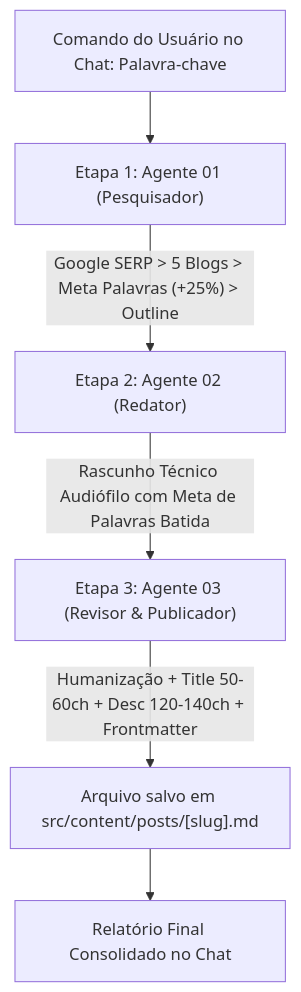
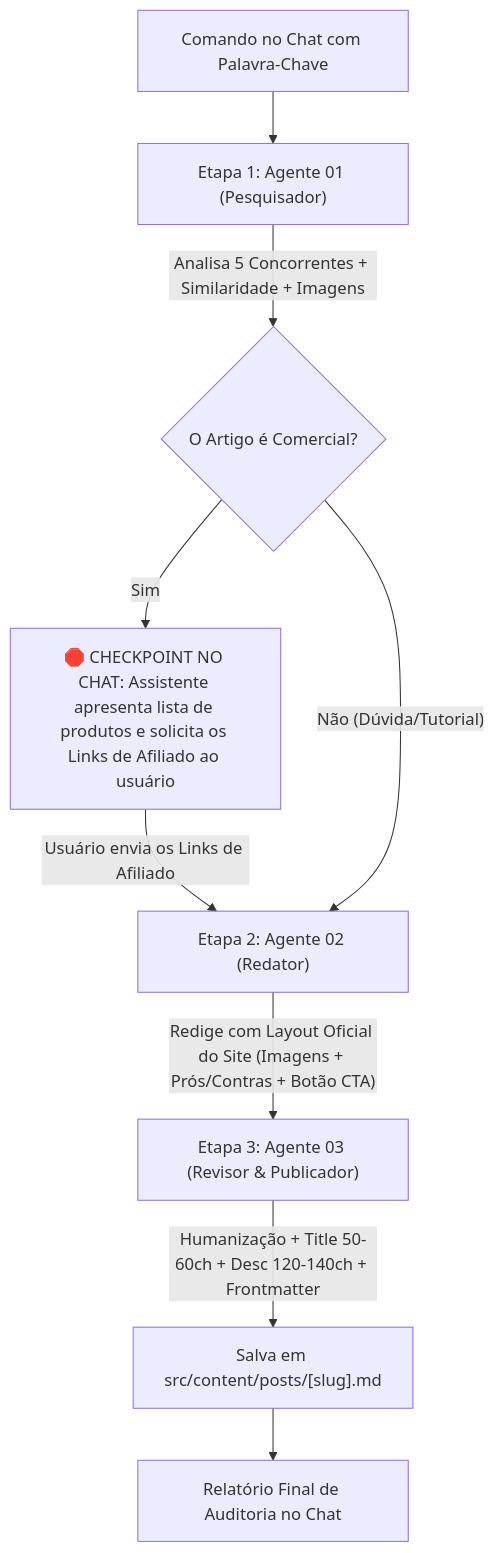
One commit to edgar-avila02/melhoresfones changed the diagram in agents/00-orquestrador.md. Above: the diagram before and after it, drawn with Mermaid. The commit also changed other lines of this file and 3 other files, not shown here.

Commit message:
feat(agents): adicionar analise de similaridade, imagens e checkpoint de links de afiliados

````diff
--- a/agents/00-orquestrador.md
+++ b/agents/00-orquestrador.md
@@ -34,8 +35,14 @@
 ```mermaid
 graph TD
-    A["Comando do Usuário no Chat: Palavra-chave"] --> B["Etapa 1: Agente 01 (Pesquisador)"]
-    B -->|"Google SERP &gt; 5 Blogs &gt; Meta Palavras (+25%) &gt; Outline"| C["Etapa 2: Agente 02 (Redator)"]
-    C -->|"Rascunho Técnico Audiófilo com Meta de Palavras Batida"| D["Etapa 3: Agente 03 (Revisor &amp; Publicador)"]
-    D -->|"Humanização + Title 50-60ch + Desc 120-140ch + Frontmatter"| E["Arquivo salvo em src/content/posts/[slug].md"]
-    E --> F["Relatório Final Consolidado no Chat"]
+    A["Comando no Chat com Palavra-Chave"] --> B["Etapa 1: Agente 01 (Pesquisador)"]
+    B -->|"Analisa 5 Concorrentes + Similaridade + Imagens"| C{"O Artigo é Comercial?"}
+    
+    C -- Sim --> D["🛑 CHECKPOINT NO CHAT: Assistente apresenta lista de produtos e solicita os Links de Afiliado ao usuário"]
+    D -->|"Usuário envia os Links de Afiliado"| E["Etapa 2: Agente 02 (Redator)"]
+    
+    C -- Não (Dúvida/Tutorial) --> E
+    
+    E -->|"Redige com Layout Oficial do Site (Imagens + Prós/Contras + Botão CTA)"| F["Etapa 3: Agente 03 (Revisor &amp; Publicador)"]
+    F -->|"Humanização + Title 50-60ch + Desc 120-140ch + Frontmatter"| G["Salva em src/content/posts/[slug].md"]
+    G --> H["Relatório Final de Auditoria no Chat"]
 ```
````
